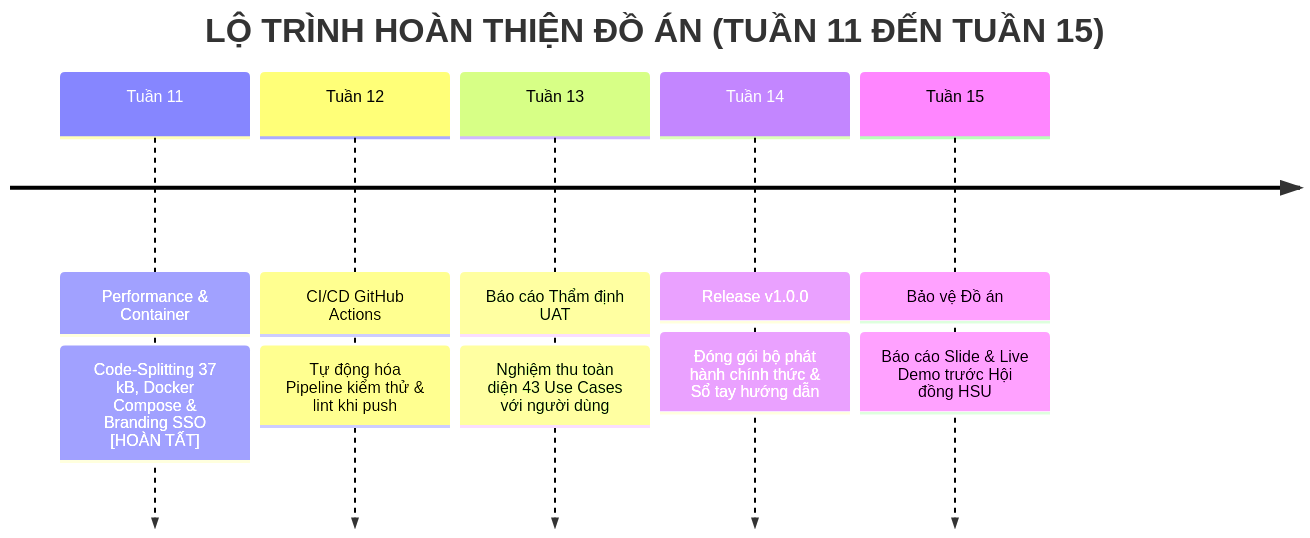
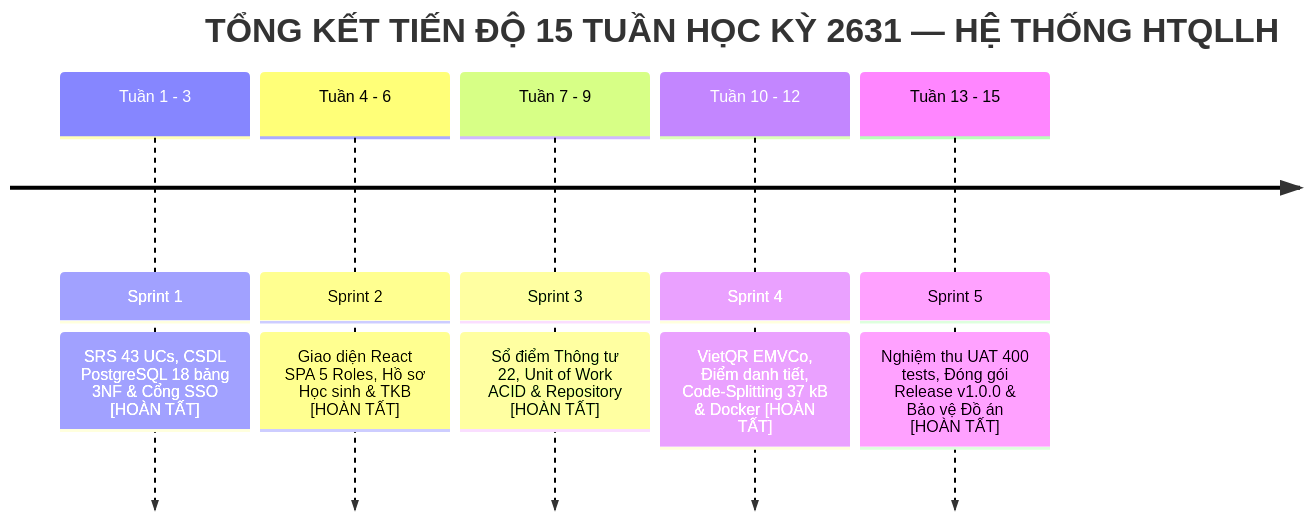
One commit to DYBInh2k5/Phat-Trien-Du-An-Phan-Mem changed the fourth of 4 diagrams in Report_Slide/slide.md. Above: the diagram before and after it, drawn with Mermaid. The commit also changed other lines of this file and 1 other file, not shown here.

Commit message:
docs(report-slide): finalize slide.md and report.md for final course defense release v1.0.0

````diff
--- a/Report_Slide/slide.md
+++ b/Report_Slide/slide.md
@@ -254,9 +257,9 @@
 ```mermaid
 timeline
-    title LỘ TRÌNH HOÀN THIỆN ĐỒ ÁN (TUẦN 11 ĐẾN TUẦN 15)
-    Tuần 11 : Performance & Container : Code-Splitting 37 kB, Docker Compose & Branding SSO [HOÀN TẤT]
-    Tuần 12 : CI/CD GitHub Actions : Tự động hóa Pipeline kiểm thử & lint khi push
-    Tuần 13 : Báo cáo Thẩm định UAT : Nghiệm thu toàn diện 43 Use Cases với người dùng
-    Tuần 14 : Release v1.0.0 : Đóng gói bộ phát hành chính thức & Sổ tay hướng dẫn
-    Tuần 15 : Bảo vệ Đồ án : Báo cáo Slide & Live Demo trước Hội đồng HSU
+    title TỔNG KẾT TIẾN ĐỘ 15 TUẦN HỌC KỲ 2631 — HỆ THỐNG HTQLLH
+    Tuần 1 - 3 : Sprint 1 : SRS 43 UCs, CSDL PostgreSQL 18 bảng 3NF & Cổng SSO [HOÀN TẤT]
+    Tuần 4 - 6 : Sprint 2 : Giao diện React SPA 5 Roles, Hồ sơ Học sinh & TKB [HOÀN TẤT]
+    Tuần 7 - 9 : Sprint 3 : Sổ điểm Thông tư 22, Unit of Work ACID & Repository [HOÀN TẤT]
+    Tuần 10 - 12 : Sprint 4 : VietQR EMVCo, Điểm danh tiết, Code-Splitting 37 kB & Docker [HOÀN TẤT]
+    Tuần 13 - 15 : Sprint 5 : Nghiệm thu UAT 400 tests, Đóng gói Release v1.0.0 & Bảo vệ Đồ án [HOÀN TẤT]
 ```
````
